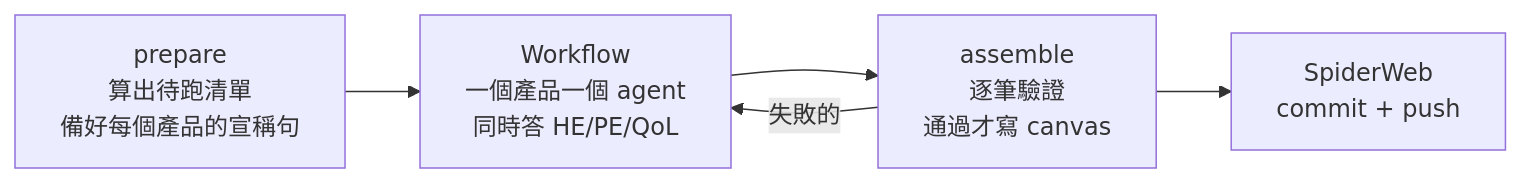
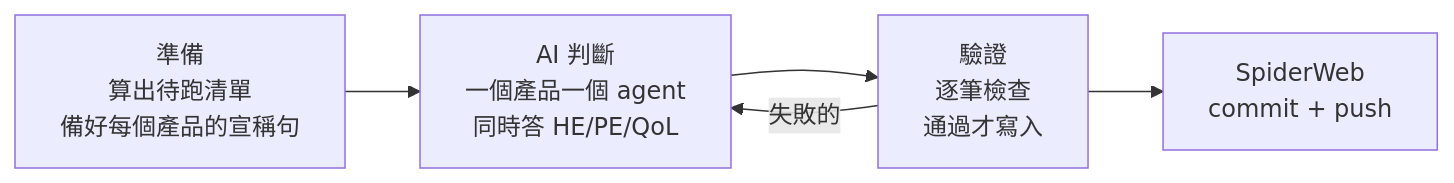
The second of 2 diagrams in projects/alchemymind/theweaver.md (mapleelpam/LuminNexus-LearningMap), drawn with Mermaid before and after one commit. The commit also changed other lines of this file and 18 other files, not shown here.

````diff
--- a/projects/alchemymind/theweaver.md
+++ b/projects/alchemymind/theweaver.md
@@ -126,7 +128,7 @@
 ```mermaid
 graph LR
-    P[prepare<br/>算出待跑清單<br/>備好每個產品的宣稱句] --> W[Workflow<br/>一個產品一個 agent<br/>同時答 HE/PE/QoL]
-    W --> A[assemble<br/>逐筆驗證<br/>通過才寫 canvas]
+    P[準備<br/>算出待跑清單<br/>備好每個產品的宣稱句] --> W[AI 判斷<br/>一個產品一個 agent<br/>同時答 HE/PE/QoL]
+    W --> A[驗證<br/>逐筆檢查<br/>通過才寫入]
     A -->|失敗的| W
     A --> C[SpiderWeb<br/>commit + push]
 ```
````
